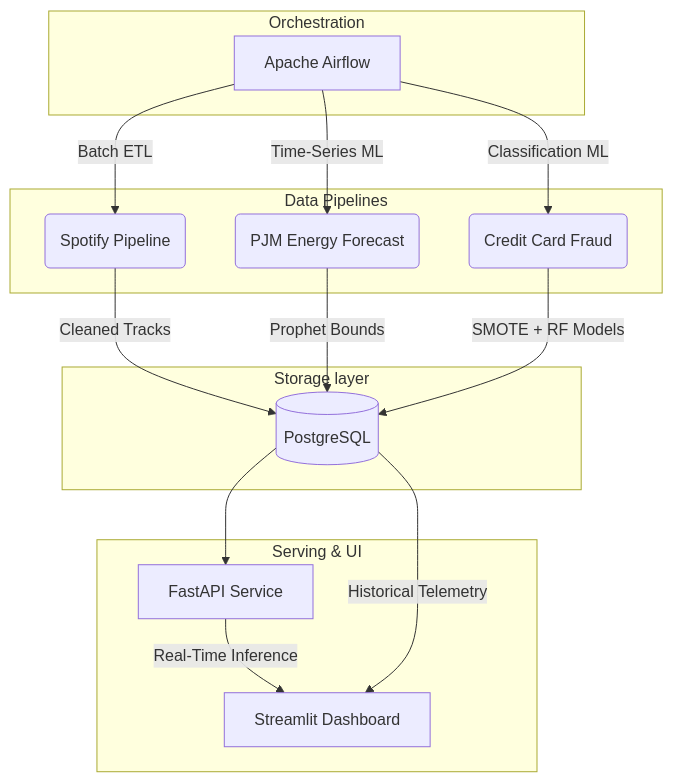
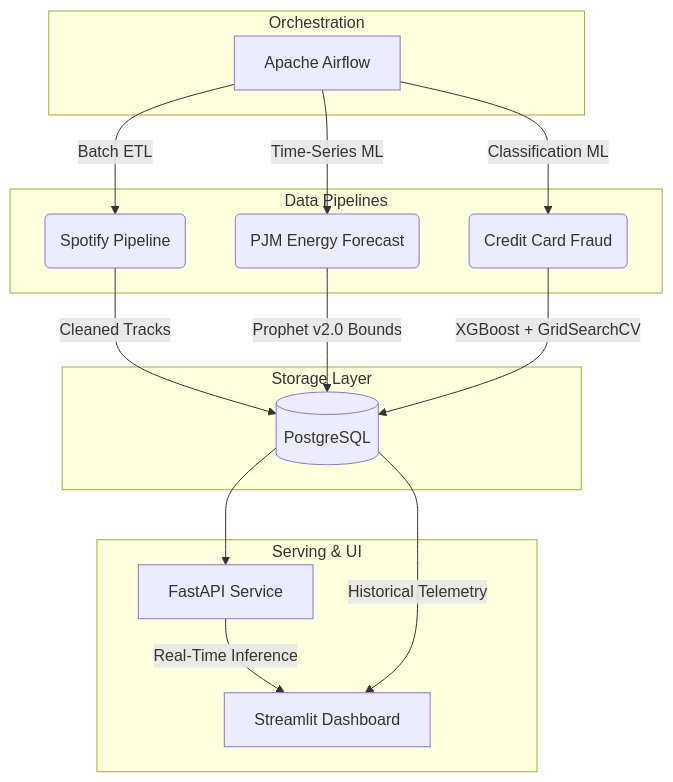
Before and after one commit to PesHwA07/Multi-Domain-Data-ML-Platform: the diagram in README.md, drawn with Mermaid. The commit also changed other lines of this file, not shown here.

Commit message:
Update README with XGBoost and Prophet v2.0 performance metrics and benchmark tables

````diff
--- a/README.md
+++ b/README.md
@@ -11,24 +11,24 @@
 ```mermaid
 graph TD
     subgraph Orchestration
         A[Apache Airflow]
     end
 
     subgraph Data Pipelines
         A -->|Batch ETL| B(Spotify Pipeline)
         A -->|Time-Series ML| C(PJM Energy Forecast)
         A -->|Classification ML| D(Credit Card Fraud)
     end
 
-    subgraph Storage layer
+    subgraph Storage Layer
         B -->|Cleaned Tracks| E[(PostgreSQL)]
-        C -->|Prophet Bounds| E
-        D -->|SMOTE + RF Models| E
+        C -->|Prophet v2.0 Bounds| E
+        D -->|XGBoost + GridSearchCV| E
     end
 
     subgraph Serving & UI
         E --> F[FastAPI Service]
         F -->|Real-Time Inference| G[Streamlit Dashboard]
         E -->|Historical Telemetry| G
     end
 ```
````
